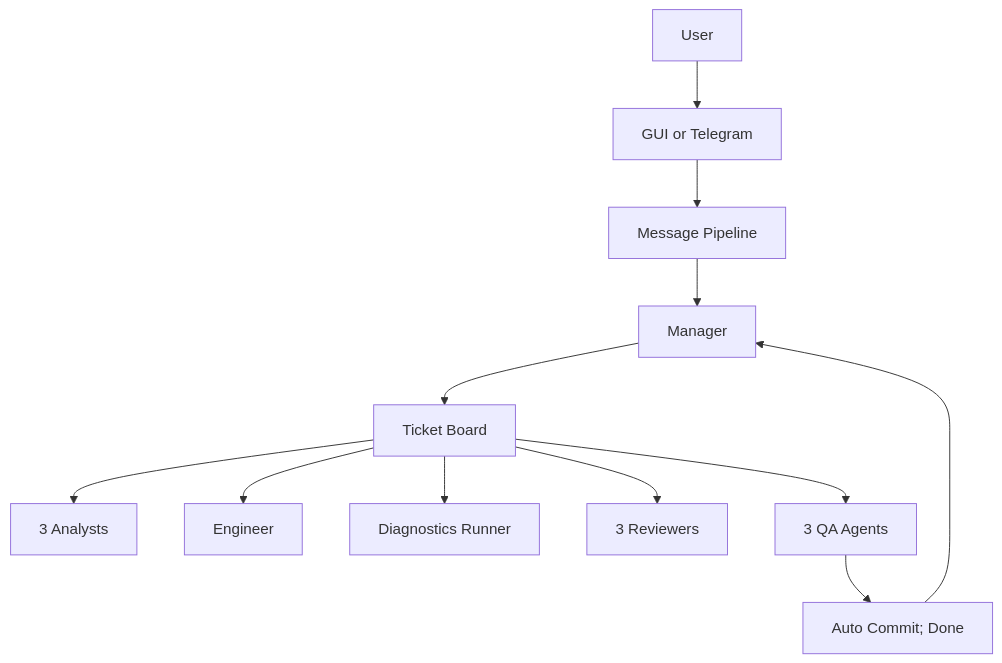
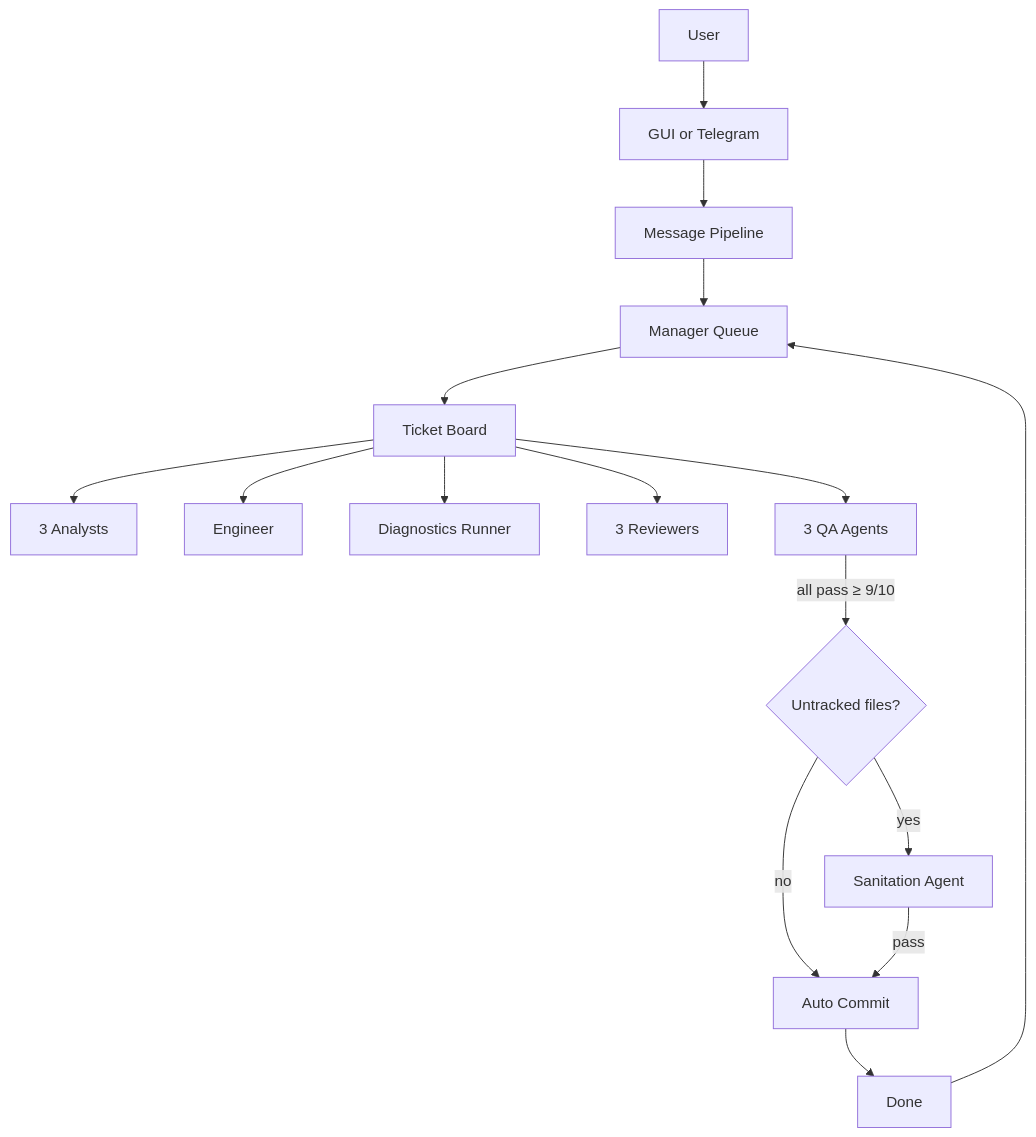
One commit to edezhic/mahbot changed the diagram in README.md. Above: the diagram before and after it, drawn with Mermaid. The commit also changed other lines of this file, not shown here.

Commit message:
README.md: Pipeline documentation is outdated (missing Sanitation role/phase, inaccurate auto-commit, missing threshold)

````diff
--- a/README.md
+++ b/README.md
@@ -78,14 +79,18 @@
 ```mermaid
 flowchart TD
     User[User] --> Channels[GUI or Telegram]
     Channels --> MessagePipeline[Message Pipeline]
-    MessagePipeline --> ManagerQueue[Manager]
+    MessagePipeline --> ManagerQueue[Manager Queue]
     ManagerQueue --> Board[Ticket Board]
     Board --> Analysts[3 Analysts]
     Board --> Engineer[Engineer]
     Board --> Diagnostics[Diagnostics Runner]
     Board --> Reviewers[3 Reviewers]
     Board --> QA[3 QA Agents]
-    QA --> AutoCommit[Auto Commit; Done]
-    AutoCommit --> ManagerQueue
+    QA -->|all pass ≥ 9/10| QaCheck{Untracked files?}
+    QaCheck -->|yes| Sanitation[Sanitation Agent]
+    QaCheck -->|no| AutoCommit[Auto Commit]
+    Sanitation -->|pass| AutoCommit
+    AutoCommit --> Done[Done]
+    Done --> ManagerQueue
 ```
````
